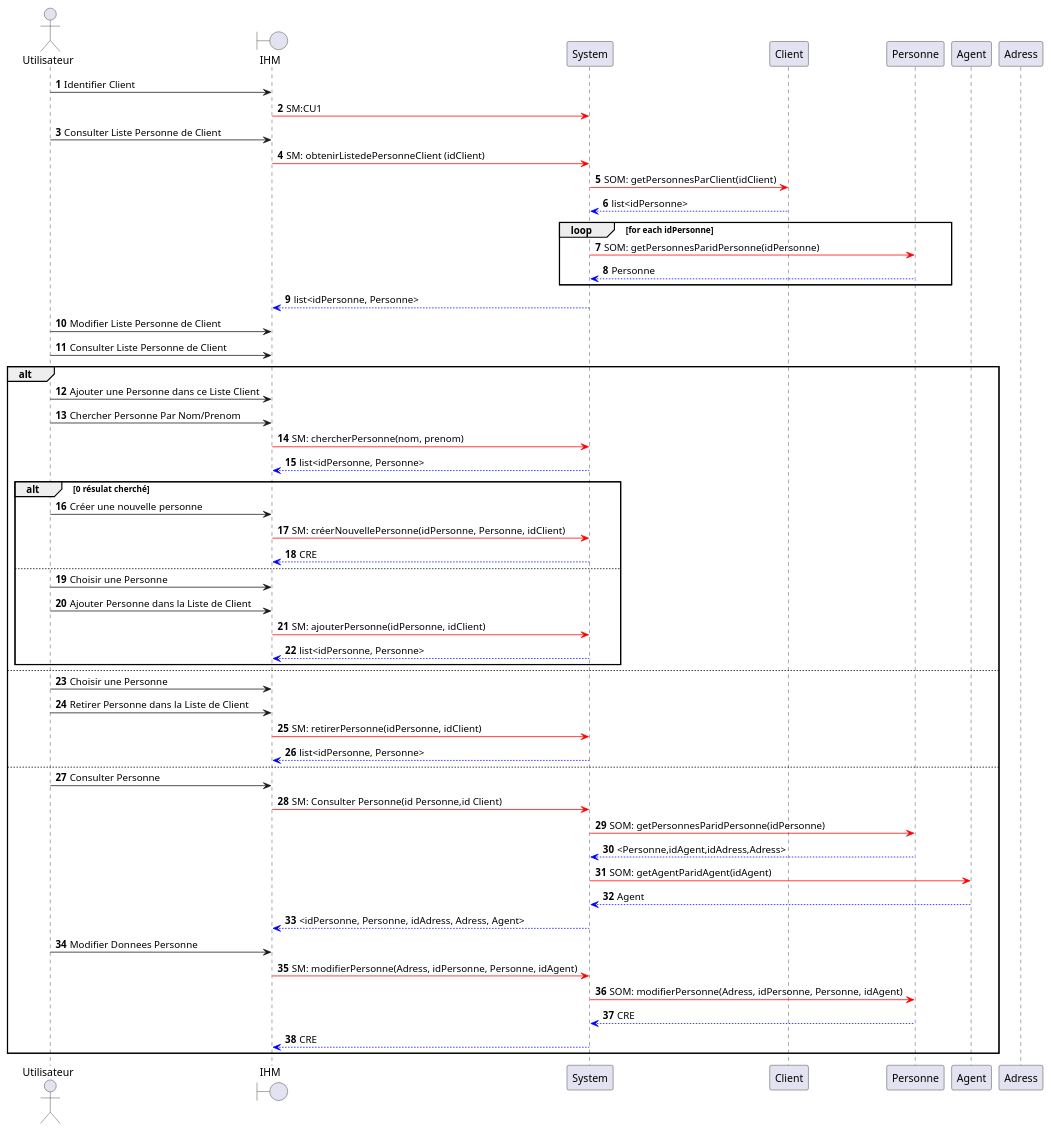
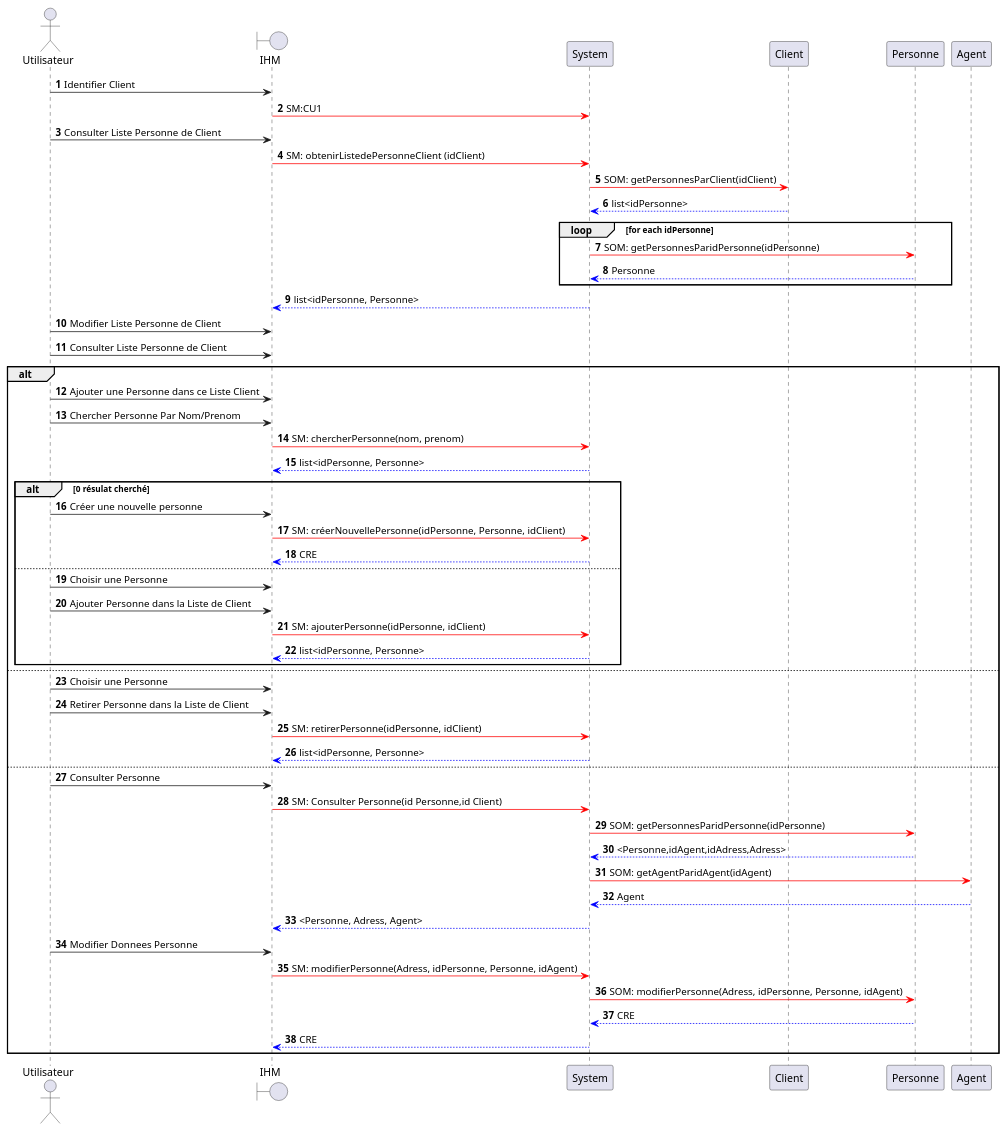
One commit to HZjiadong/PLD-MARS changed the diagram in src/documentation/CU2-DSS.puml. Above: the diagram before and after it, drawn with PlantUML.

Commit message:
doc(DSD-CU2):partie consultation fini

```diff
--- a/src/documentation/CU2-DSS.puml
+++ b/src/documentation/CU2-DSS.puml
@@ -1,69 +1,66 @@
 @startuml
 
 actor Utilisateur as U
 boundary IHM as I
 participant System as S
 participant Client as C
 participant Personne as P
 participant Agent as A
-participant Adress as Ad
+
 '在personne和agent之间添加一个association 来储存最后一个modifier/ajouter 的agent的Id
 autonumber
 
 U->I: Identifier Client
     I-[#red]>S: SM:CU1
 
 U->I: Consulter Liste Personne de Client
     I-[#red]>S: SM: obtenirListedePersonneClient (idClient)
         S-[#red]>C: SOM: getPersonnesParClient(idClient)
         C-[#0000FF]->S: list<idPersonne>
         loop for each idPersonne
         S-[#red]>P: SOM: getPersonnesParidPersonne(idPersonne)
         P-[#0000FF]->S: Personne
         end
 
     S-[#0000FF]->I: list<idPersonne, Personne>
 
 
 U->I: Modifier Liste Personne de Client
 U->I: Consulter Liste Personne de Client
 alt
     U->I: Ajouter une Personne dans ce Liste Client
 
     U->I: Chercher Personne Par Nom/Prenom
         I-[#red]>S: SM: chercherPersonne(nom, prenom)
         S-[#0000FF]->I: list<idPersonne, Personne>
     alt  0 résulat cherché
     U->I: Créer une nouvelle personne
             I-[#red]>S: SM: créerNouvellePersonne(idPersonne, Personne, idClient)
             S-[#0000FF]->I: CRE
     else
     U->I: Choisir une Personne
 
     U->I: Ajouter Personne dans la Liste de Client
         I-[#red]>S: SM: ajouterPersonne(idPersonne, idClient)
         S-[#0000FF]->I: list<idPersonne, Personne>
     end
 else
     U->I: Choisir une Personne
     U->I: Retirer Personne dans la Liste de Client
         I-[#red]>S: SM: retirerPersonne(idPersonne, idClient)
         S-[#0000FF]->I: list<idPersonne, Personne>
 else
     U->I: Consulter Personne
         I-[#red]>S: SM: Consulter Personne(id Personne,id Client)
             S-[#red]>P: SOM: getPersonnesParidPersonne(idPersonne)
             P-[#0000FF]->S: <Personne,idAgent,idAdress,Adress>
             S-[#red]>A: SOM: getAgentParidAgent(idAgent)
             A-[#0000FF]->S: Agent
-        S-[#0000FF]->I: <idPersonne, Personne, idAdress, Adress, Agent>
+        S-[#0000FF]->I: <Personne, Adress, Agent>
     U->I: Modifier Donnees Personne
         I-[#red]>S: SM: modifierPersonne(Adress, idPersonne, Personne, idAgent)
             S-[#red]>P: SOM: modifierPersonne(Adress, idPersonne, Personne, idAgent)
             P-[#0000FF]->S: CRE
         S-[#0000FF]->I: CRE
 end
-
-
-
 @enduml
```
